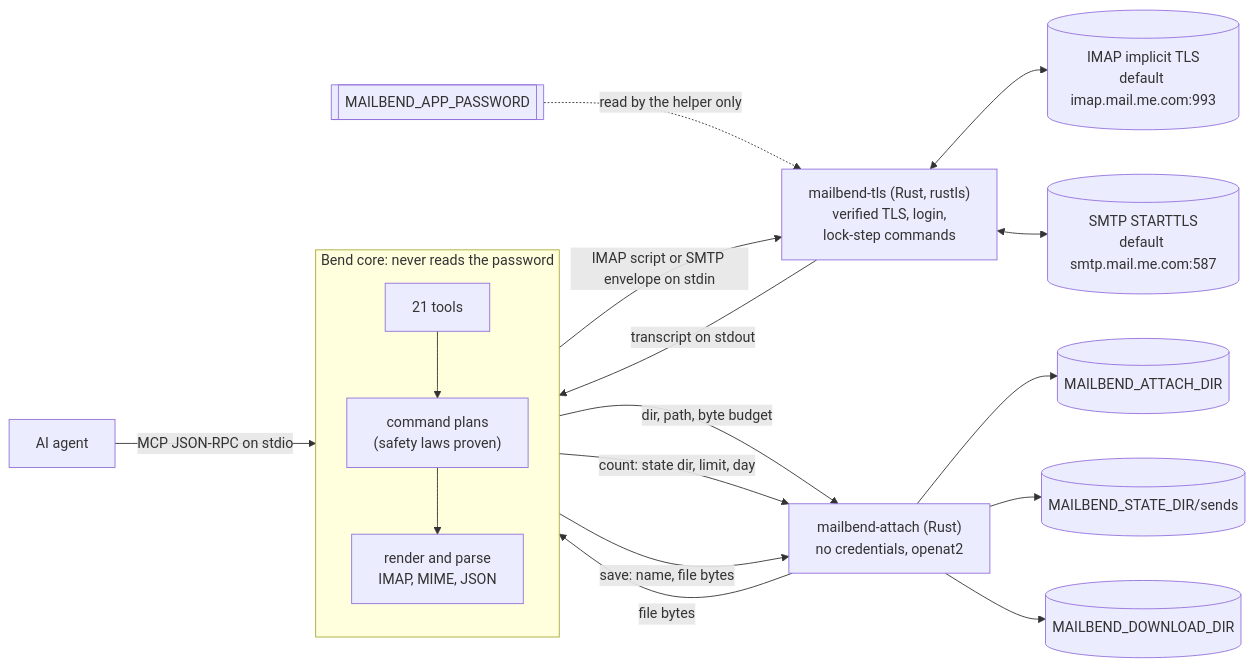
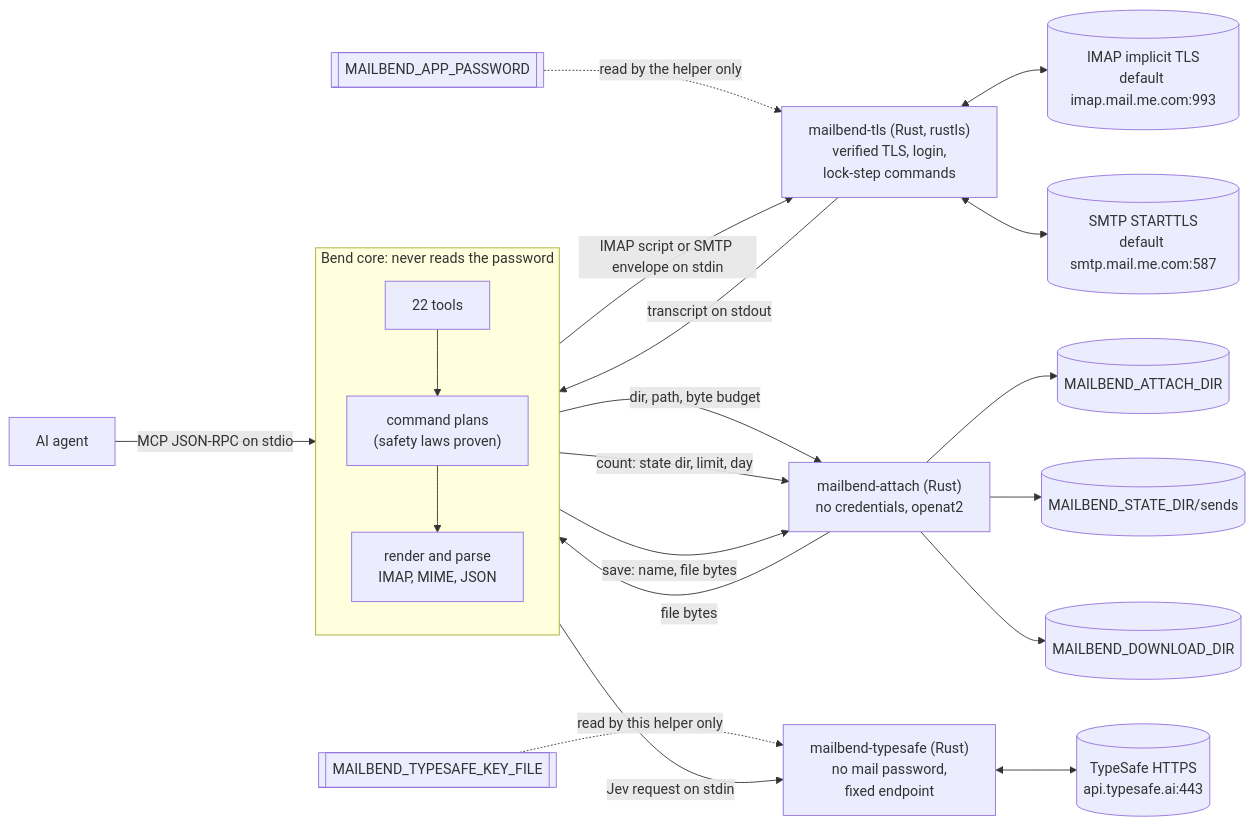
Before and after one commit to albertc71/MailBend: the diagram in README.md, drawn with Mermaid. The commit also changed other lines of this file and 53 other files, not shown here.

First line of the commit message:
feat: add TypeSafe Jev support and mail_classify

````diff
--- a/README.md
+++ b/README.md
@@ -327,21 +375,24 @@
 ```mermaid
 flowchart LR
   agent["AI agent"] -- "MCP JSON-RPC on stdio" --> core
   subgraph core["Bend core: never reads the password"]
     direction TB
-    tools["21 tools"] --> plans["command plans<br/>(safety laws proven)"]
+    tools["22 tools"] --> plans["command plans<br/>(safety laws proven)"]
     plans --> parse["render and parse<br/>IMAP, MIME, JSON"]
   end
   core -- "IMAP script or SMTP envelope on stdin" --> helper["mailbend-tls (Rust, rustls)<br/>verified TLS, login,<br/>lock-step commands"]
   helper -- "transcript on stdout" --> core
   helper <--> imap[("IMAP implicit TLS<br/>default imap.mail.me.com:993")]
   helper <--> smtp[("SMTP STARTTLS<br/>default smtp.mail.me.com:587")]
   secrets[["MAILBEND_APP_PASSWORD"]] -. "read by the helper only" .-> helper
   core -- "dir, path, byte budget" --> reader["mailbend-attach (Rust)<br/>no credentials, openat2"]
   reader -- "file bytes" --> core
   reader --> files[("MAILBEND_ATTACH_DIR")]
   core -- "count: state dir, limit, day" --> reader
   reader --> sends[("MAILBEND_STATE_DIR/sends")]
   core -- "save: name, file bytes" --> reader
   reader --> downloads[("MAILBEND_DOWNLOAD_DIR")]
+  core -- "Jev request on stdin" --> jev["mailbend-typesafe (Rust)<br/>no mail password,<br/>fixed endpoint"]
+  jev <--> typesafe[("TypeSafe HTTPS<br/>api.typesafe.ai:443")]
+  key[["MAILBEND_TYPESAFE_KEY_FILE"]] -. "read by this helper only" .-> jev
 ```
````
